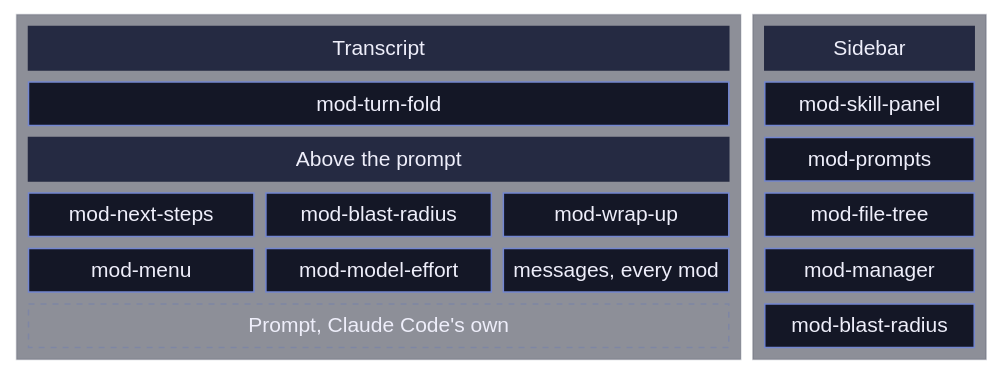
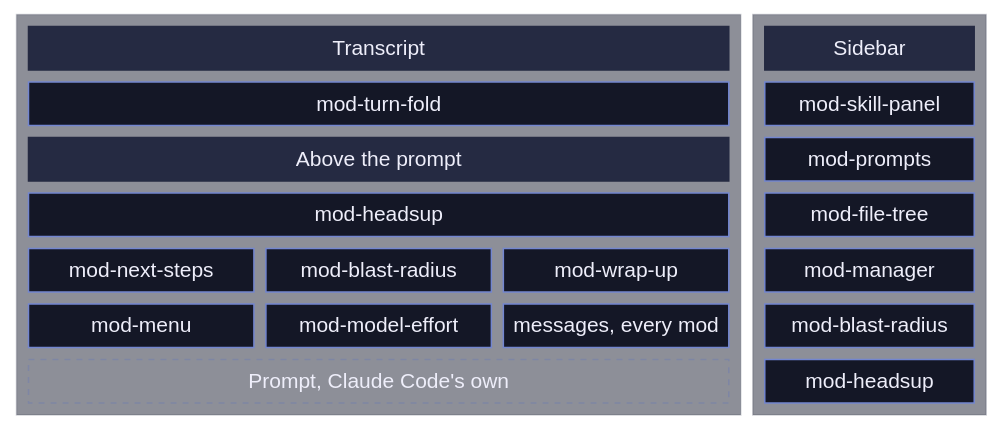
One commit to Elliot016/otr-mod changed the first of 2 diagrams in README.md. Above: the diagram before and after it, drawn with Mermaid. The commit also changed other lines of this file and 19 other files, not shown here.

First line of the commit message:
feat(mod-headsup): a side check that flags one thing worth knowing

````diff
--- a/README.md
+++ b/README.md
@@ -24,59 +25,61 @@
 ```mermaid
 ---
 config:
   theme: base
   themeVariables:
     darkMode: true
     background: "#0D0E17"
     mainBkg: "#141726"
     primaryColor: "#141726"
     primaryTextColor: "#EEEEFA"
     primaryBorderColor: "#7386d0"
     secondaryColor: "#252A42"
     secondaryTextColor: "#EEEEFA"
     secondaryBorderColor: "#8A9BE0"
     tertiaryColor: "#7386D0"
     tertiaryTextColor: "#EEEEFA"
     tertiaryBorderColor: "#A2B0EA"
     lineColor: "#7386d0"
     textColor: "#EEEEFA"
     titleColor: "#EEEEFA"
     nodeBorder: "#7386d0"
     nodeTextColor: "#EEEEFA"
     clusterBkg: "#1C2033"
     clusterBorder: "#252A42"
     edgeLabelBackground: "#141726"
     arrowheadColor: "#7386d0"
     border1: "#7386d0"
     border2: "#7E86A4"
     activationBorderColor: "#ffcb6b"
     errorBkgColor: "#7386D0"
     errorTextColor: "#EEEEFA"
     fontFamily: "Mulish, system-ui, sans-serif"
     fontSize: "14px"
 ---
 block-beta
   columns 4
   block:main:3
     columns 3
     transcript["Transcript"]:3
     turnfold["mod-turn-fold"]:3
     band["Above the prompt"]:3
+    headsup["mod-headsup"]:3
     nextsteps["mod-next-steps"] blast["mod-blast-radius"] wrapup["mod-wrap-up"]
     menu["mod-menu"] effort["mod-model-effort"] toasts["messages, every mod"]
     prompt["Prompt, Claude Code's own"]:3
   end
   block:side:1
     columns 1
     sidebar["Sidebar"]
     skills["mod-skill-panel"]
     prompts["mod-prompts"]
     files["mod-file-tree"]
     manager["mod-manager"]
     details["mod-blast-radius"]
+    headsuppanel["mod-headsup"]
   end
   classDef region fill:#252A42,stroke:#252A42,color:#EEEEFA
   classDef ghost fill:transparent,stroke:#7E86A4,stroke-dasharray:4 4,color:#7E86A4
   class transcript,band,sidebar region
   class prompt ghost
 ```
````
